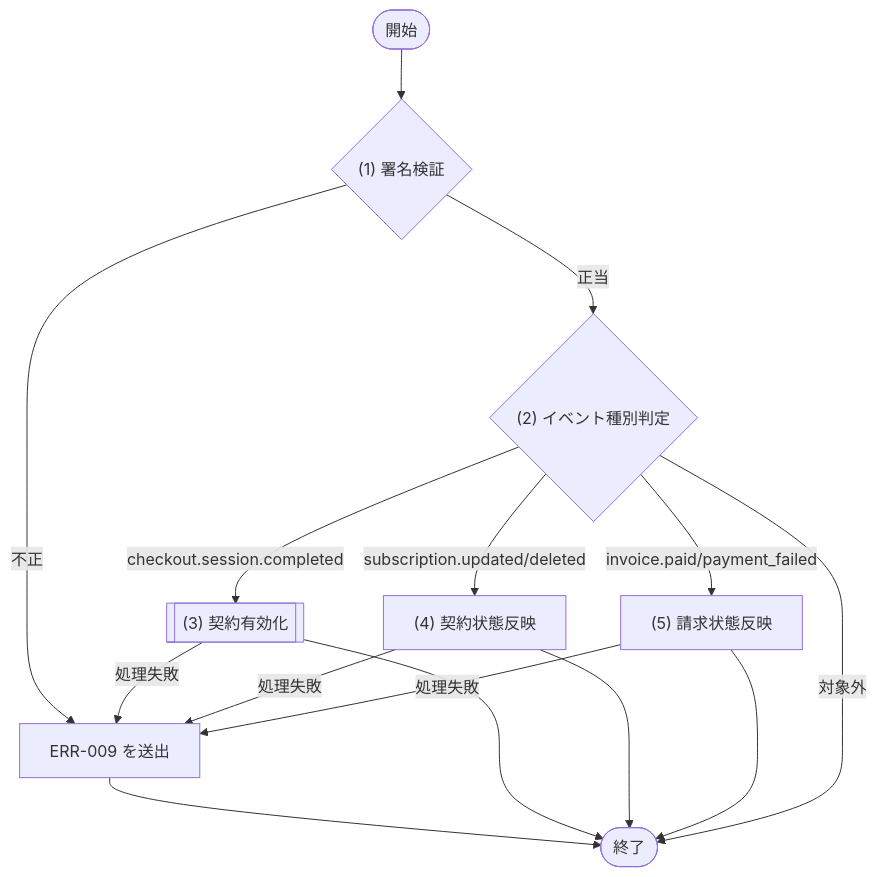
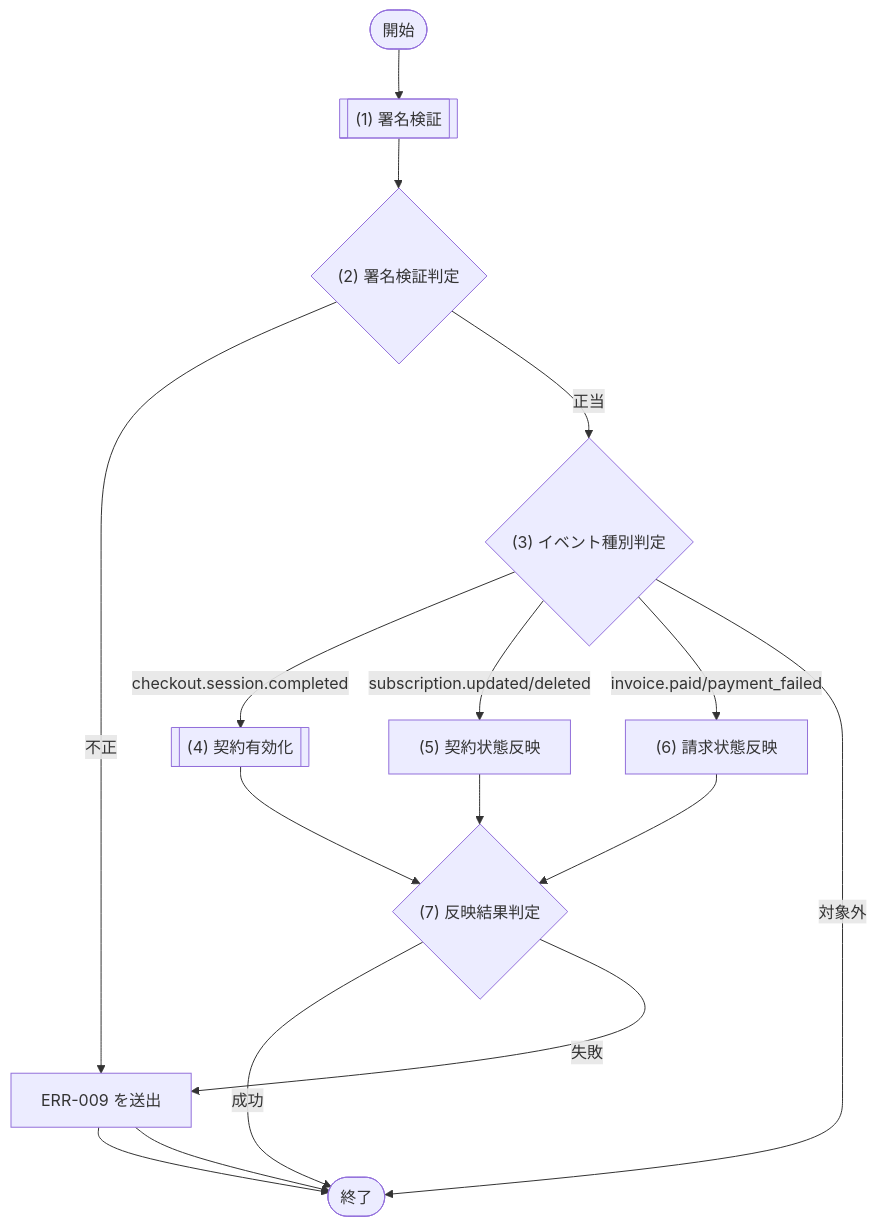
One commit to sikakou54/system-document-template changed the third of 6 diagrams in docs/03_機能設計/05_モジュール設計/MOD-007_課金サービス.md. Above: the diagram before and after it, drawn with Mermaid. The commit also changed other lines of this file and 15 other files, not shown here.

````diff
--- a/docs/03_機能設計/05_モジュール設計/MOD-007_課金サービス.md
+++ b/docs/03_機能設計/05_モジュール設計/MOD-007_課金サービス.md
@@ -249,22 +270,23 @@
 ```mermaid
 flowchart TD
   Start([開始])
-  D1{"(1) 署名検証"}
-  D2{"(2) イベント種別判定"}
-  P1[["(3) 契約有効化"]]
-  P2["(4) 契約状態反映"]
-  P3["(5) 請求状態反映"]
+  P0[["(1) 署名検証"]]
+  D1{"(2) 署名検証判定"}
+  D2{"(3) イベント種別判定"}
+  P1[["(4) 契約有効化"]]
+  P2["(5) 契約状態反映"]
+  P3["(6) 請求状態反映"]
+  D3{"(7) 反映結果判定"}
   E1["ERR-009 を送出"]
   End([終了])
 
-  Start --> D1
+  Start --> P0 --> D1
   D1 -- "不正" --> E1 --> End
   D1 -- "正当" --> D2
-  D2 -- "checkout.session.completed" --> P1 --> End
-  D2 -- "subscription.updated/deleted" --> P2 --> End
-  D2 -- "invoice.paid/payment_failed" --> P3 --> End
+  D2 -- "checkout.session.completed" --> P1 --> D3
+  D2 -- "subscription.updated/deleted" --> P2 --> D3
+  D2 -- "invoice.paid/payment_failed" --> P3 --> D3
   D2 -- "対象外" --> End
-  P1 -- "処理失敗" --> E1
-  P2 -- "処理失敗" --> E1
-  P3 -- "処理失敗" --> E1
+  D3 -- "成功" --> End
+  D3 -- "失敗" --> E1 --> End
 ```
````
